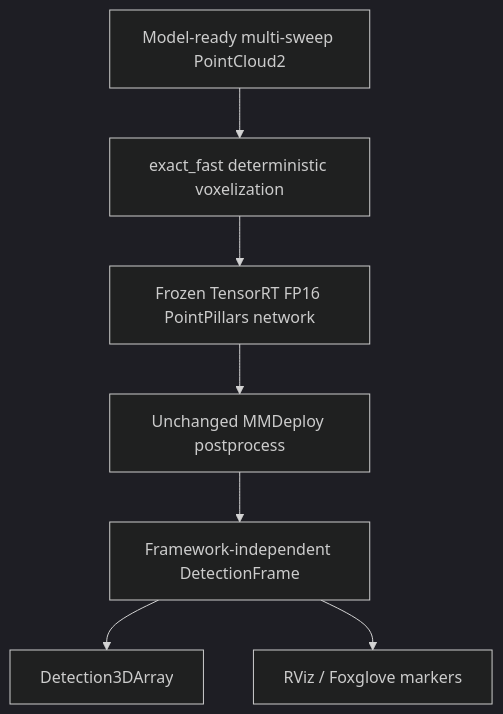
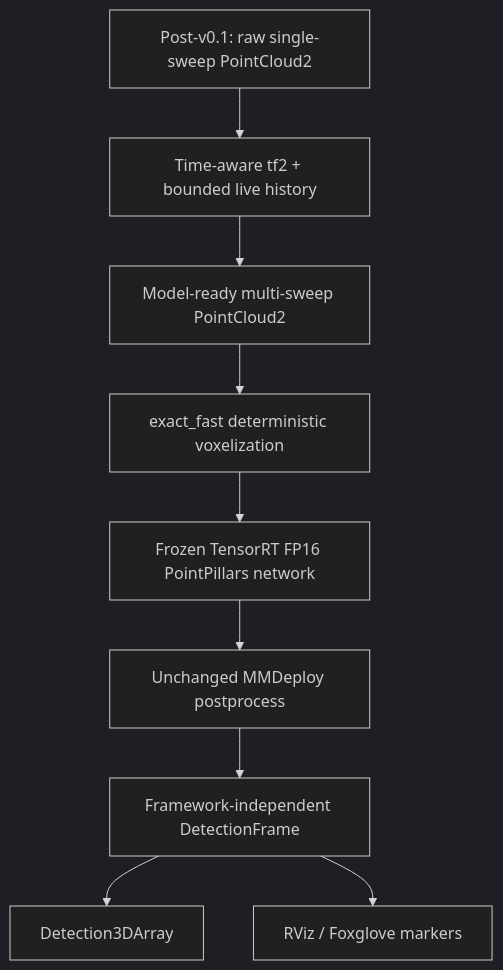
Before and after one commit to muhammadmahadazher/laserperception: the diagram in README.md, drawn with Mermaid (dark theme). The commit also changed other lines of this file and 11 other files, not shown here.

````diff
--- a/README.md
+++ b/README.md
@@ -58,9 +60,11 @@
 ```mermaid
 flowchart TD
-    A["Model-ready multi-sweep PointCloud2"] --> B["exact_fast deterministic voxelization"]
+    R["Post-v0.1: raw single-sweep PointCloud2"] --> T["Time-aware tf2 + bounded live history"]
+    T --> A["Model-ready multi-sweep PointCloud2"]
+    A --> B["exact_fast deterministic voxelization"]
     B --> C["Frozen TensorRT FP16 PointPillars network"]
     C --> D["Unchanged MMDeploy postprocess"]
     D --> E["Framework-independent DetectionFrame"]
     E --> F["Detection3DArray"]
     E --> G["RViz / Foxglove markers"]
 ```
````
